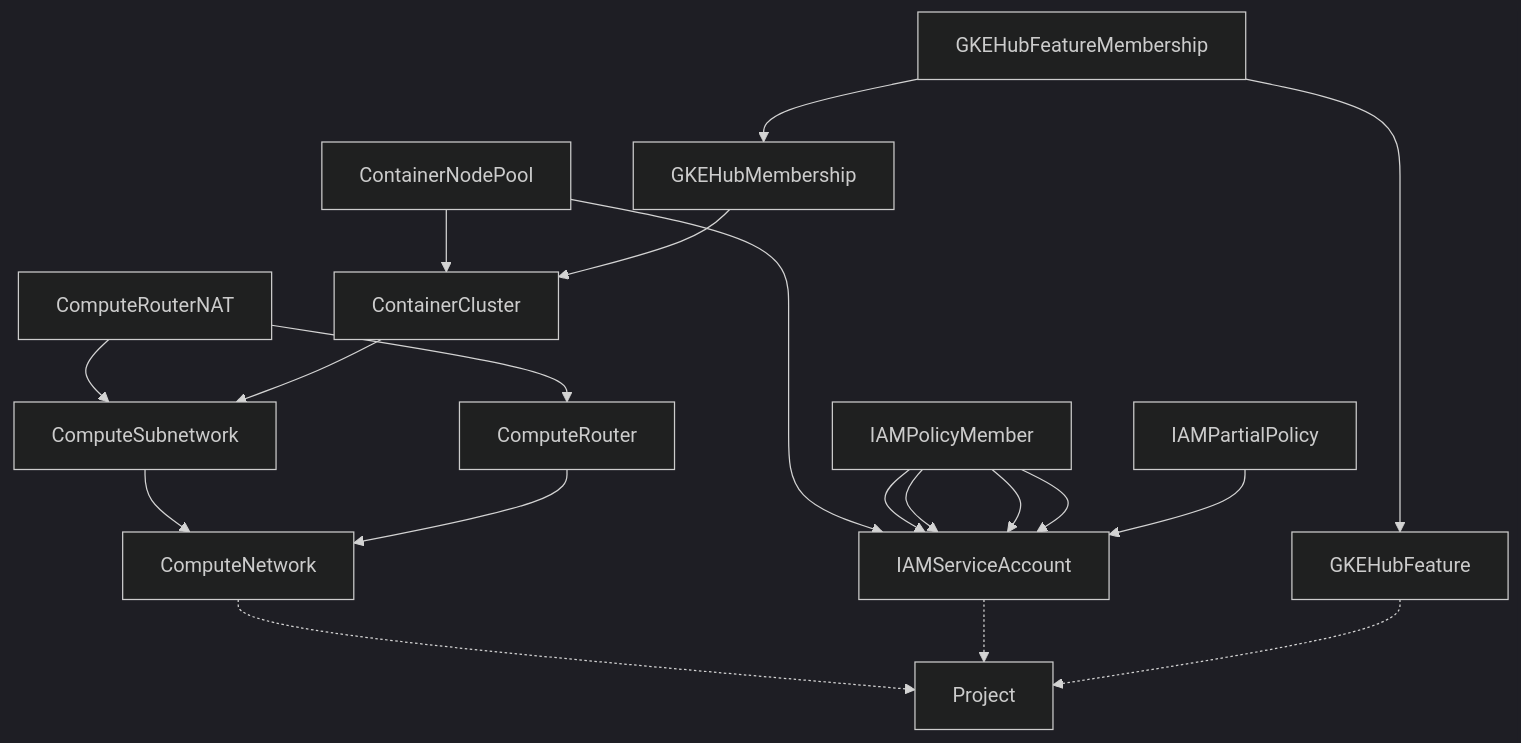
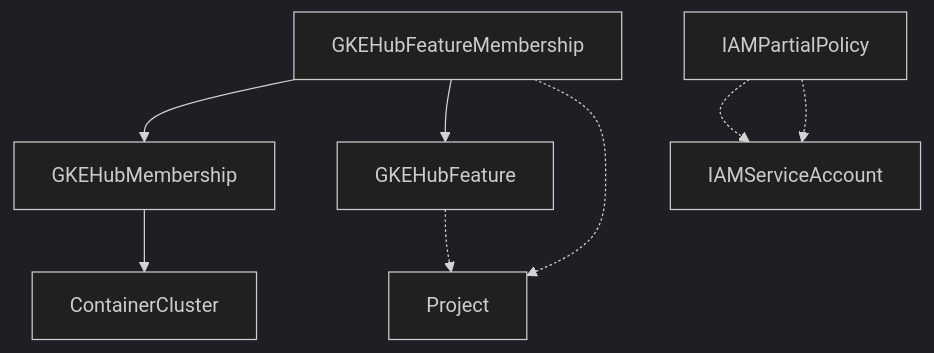
One commit to mathieu-benoit/acm-workshop changed the diagram in content/gke-cluster/set-up-gke-configs-git-repo.md. Above: the diagram before and after it, drawn with Mermaid (dark theme). The commit also changed 13 other files, not shown here.

Commit message:
simplify the mermaid graph, only scoped by what was deployed by page

```diff
--- a/content/gke-cluster/set-up-gke-configs-git-repo.md
+++ b/content/gke-cluster/set-up-gke-configs-git-repo.md
@@ -173,21 +173,10 @@
 {{< mermaid >}}
 graph TD;
-  ComputeNetwork-.->Project
-  IAMServiceAccount-.->Project
   GKEHubFeature-.->Project
-  ComputeSubnetwork-->ComputeNetwork
-  ComputeRouterNAT-->ComputeSubnetwork
-  ComputeRouterNAT-->ComputeRouter
-  ComputeRouter-->ComputeNetwork
-  ContainerNodePool-->ContainerCluster
-  ContainerNodePool-->IAMServiceAccount
-  IAMPolicyMember-->IAMServiceAccount
-  IAMPolicyMember-->IAMServiceAccount
-  IAMPolicyMember-->IAMServiceAccount
-  IAMPolicyMember-->IAMServiceAccount
-  IAMPartialPolicy-->IAMServiceAccount
-  ContainerCluster-->ComputeSubnetwork
   GKEHubFeatureMembership-->GKEHubMembership
   GKEHubFeatureMembership-->GKEHubFeature
+  GKEHubFeatureMembership-.->Project
   GKEHubMembership-->ContainerCluster
+  IAMPartialPolicy-.->IAMServiceAccount
+  IAMPartialPolicy-.->IAMServiceAccount
 {{< /mermaid >}}
```
